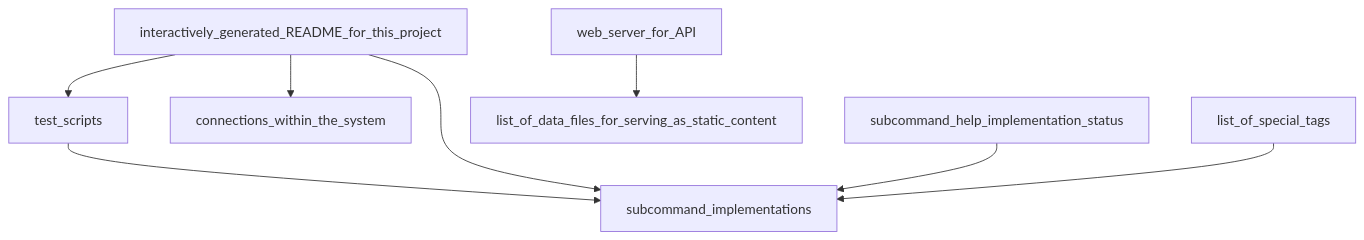
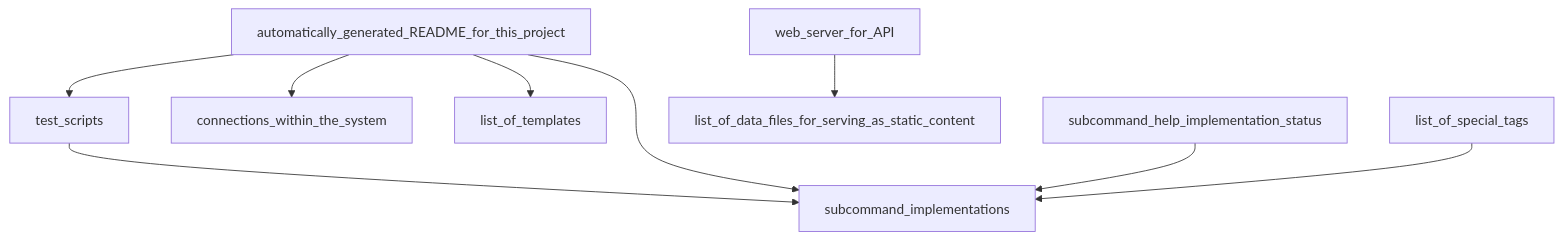
One commit to nicholas-long/ngramdb changed the diagram in database/20240710043728-86ad27b18da4fa187615/graph.mermaid. Above: the diagram before and after it, drawn with Mermaid. The commit also changed 10 other files, not shown here.

```diff
--- a/database/20240710043728-86ad27b18da4fa187615/graph.mermaid
+++ b/database/20240710043728-86ad27b18da4fa187615/graph.mermaid
@@ -1,8 +1,9 @@
 graph TD;
   test_scripts --> subcommand_implementations;
-  interactively_generated_README_for_this_project --> subcommand_implementations;
-  interactively_generated_README_for_this_project --> test_scripts;
-  interactively_generated_README_for_this_project --> connections_within_the_system;
+  automatically_generated_README_for_this_project --> subcommand_implementations;
+  automatically_generated_README_for_this_project --> test_scripts;
+  automatically_generated_README_for_this_project --> connections_within_the_system;
+  automatically_generated_README_for_this_project --> list_of_templates;
   subcommand_help_implementation_status --> subcommand_implementations;
   web_server_for_API --> list_of_data_files_for_serving_as_static_content;
   list_of_special_tags --> subcommand_implementations;
```
